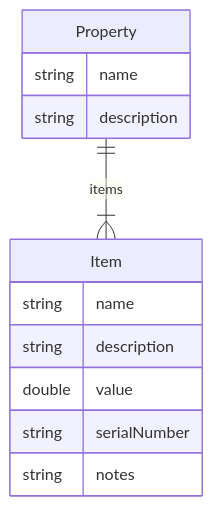
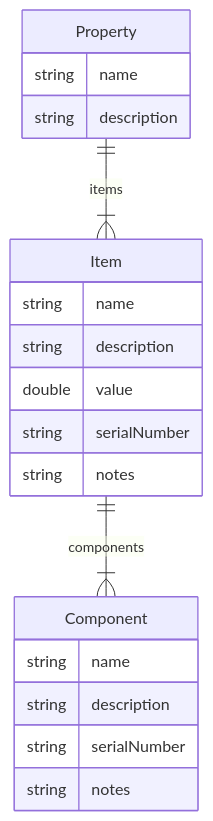
The diagram in content/guides/dotnet-core-mongo/02-mongodb-setup.md (nikkomiu/blog), drawn with Mermaid before and after one commit. The commit also changed other lines of this file and 6 other files, not shown here.

Commit message:
Add movable mermaid, update mongo

````diff
--- a/content/guides/dotnet-core-mongo/02-mongodb-setup.md
+++ b/content/guides/dotnet-core-mongo/02-mongodb-setup.md
@@ -17,17 +19,26 @@
 ```mermaid
 erDiagram
   Property {
     string name
     string description
   }
 
   Property ||--|{ Item : items
 
   Item {
     string name
     string description
     double value
     string serialNumber
     string notes
   }
+
+  Item ||--|{ Component : components
+
+  Component {
+    string name
+    string description
+    string serialNumber
+    string notes
+  }
 ```
````
